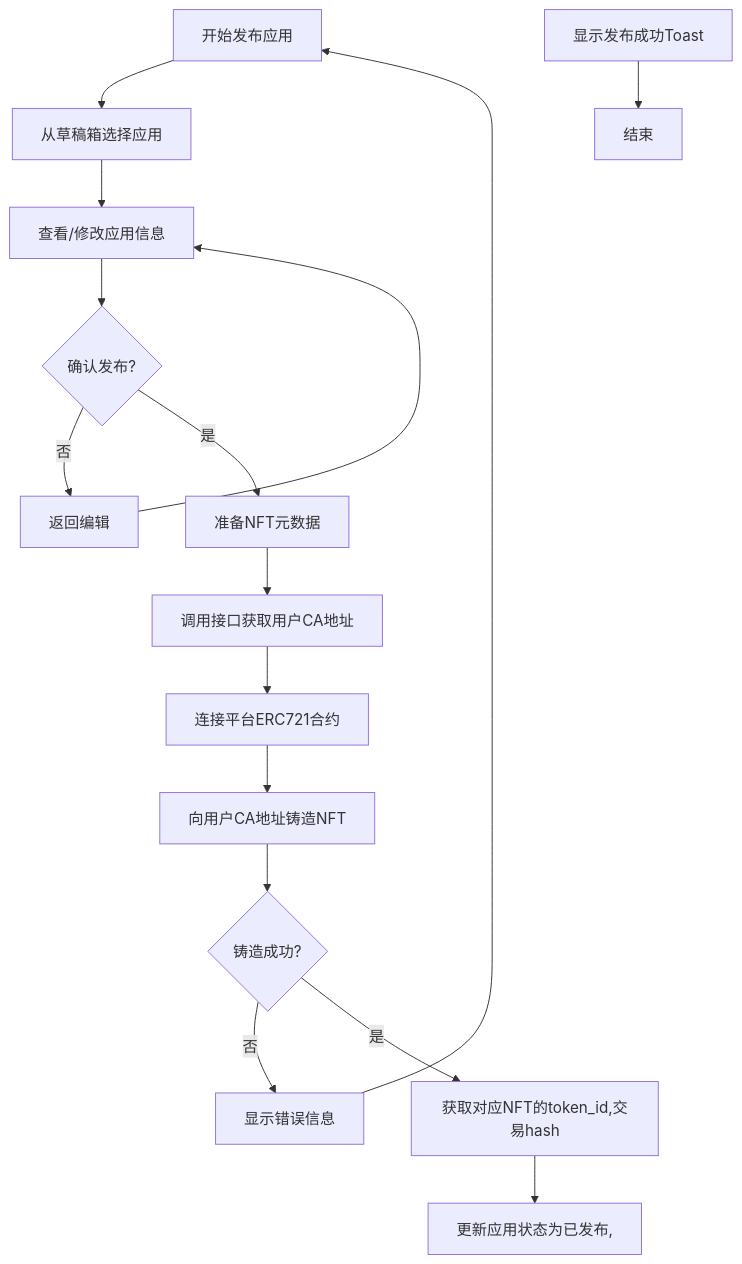
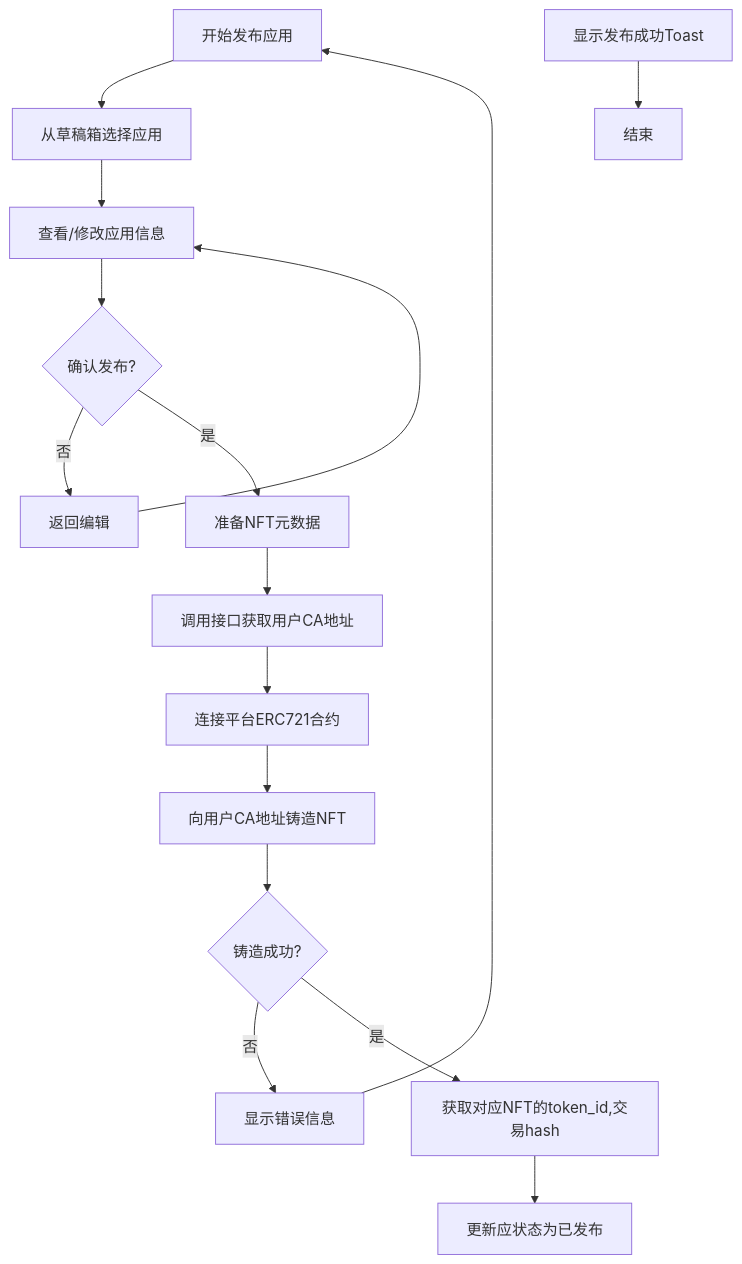
One commit to yingjianzh/iodraw-files changed the diagram in all/未命名-66.md. Above: the diagram before and after it, drawn with Mermaid.

Commit message:
2025-05-27 11:25:55 update

````diff
--- a/all/未命名-66.md
+++ b/all/未命名-66.md
@@ -1,21 +1,21 @@
 ```mermaid
 
 flowchart TD
     A[开始发布应用] --> B[从草稿箱选择应用]
     B --> C[查看/修改应用信息]
     C --> D{确认发布?}
     D -->|否| E[返回编辑]
     E --> C
     D -->|是| F[准备NFT元数据]
     F --> G[调用接口获取用户CA地址]
     G --> H[连接平台ERC721合约]
     H --> I[向用户CA地址铸造NFT]
     I --> J{铸造成功?}
     J -->|否| K[显示错误信息]
     K --> A
     J -->|是| L[获取对应NFT的token_id,交易hash]
-    L --> M[更新应用状态为已发布,]
+    L --> M[更新应状态为已发布]
     O[显示发布成功Toast]
     O --> P[结束]
 
 ```
````
